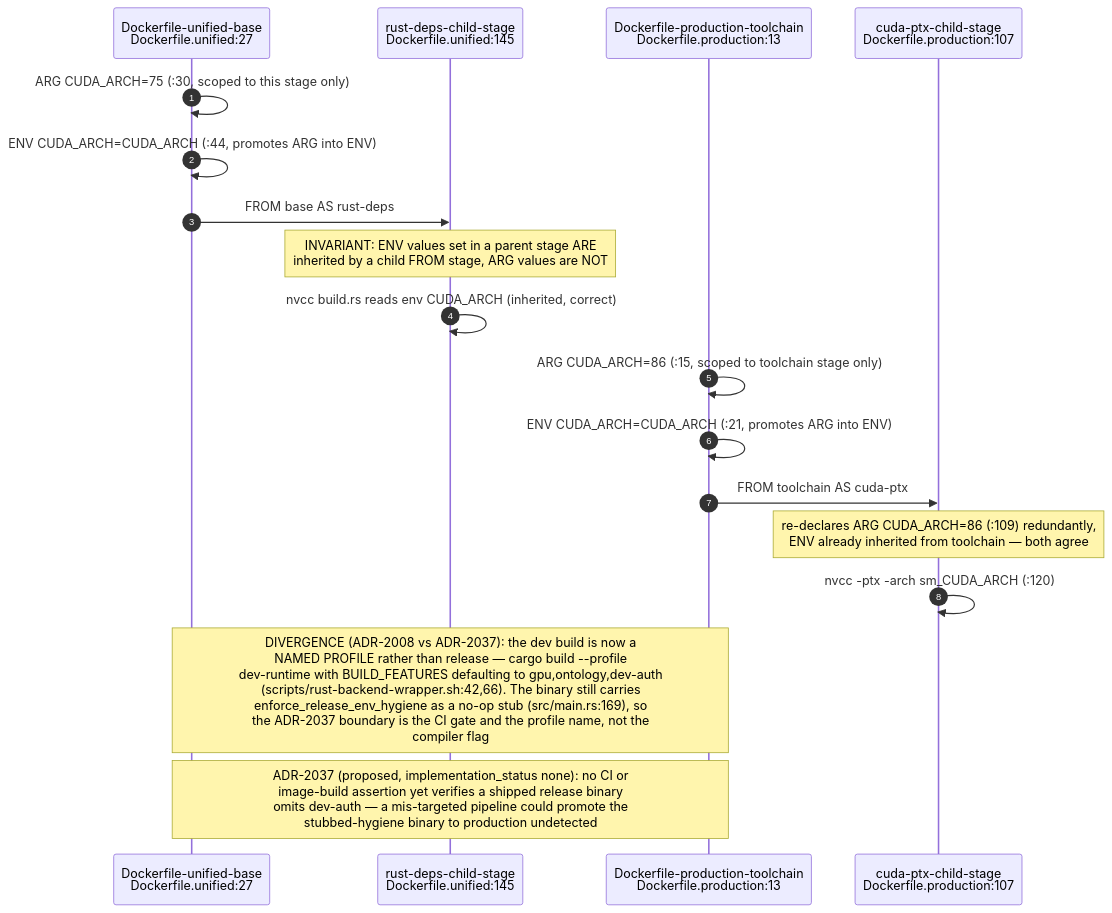
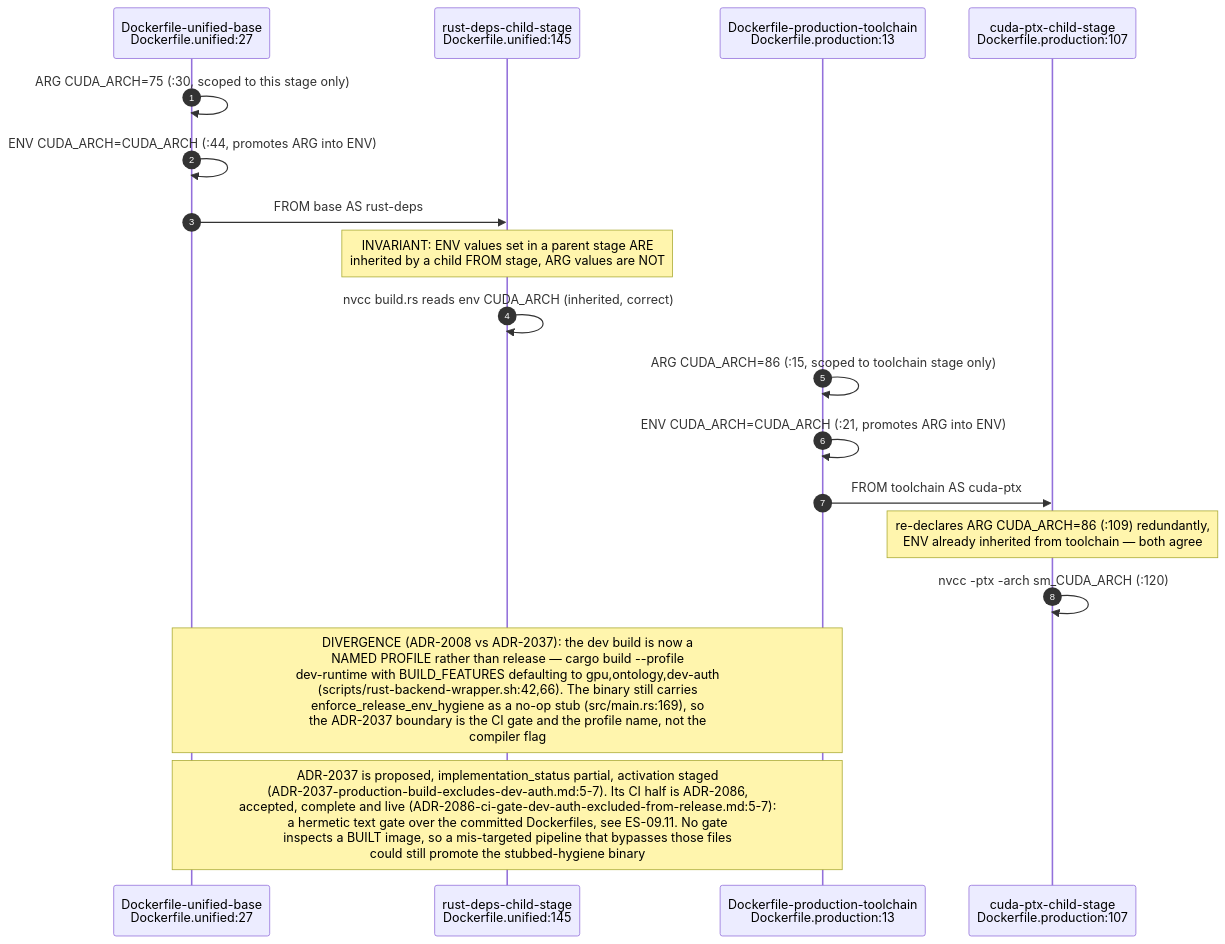
One commit to DreamLab-AI/VisionFlow changed the fifth of 24 diagrams in docs/diagrams/estate/09-build-deploy-and-ci-estate.md. Above: the diagram before and after it, drawn with Mermaid. The commit also changed other lines of this file and 91 other files, not shown here.

````diff
--- a/docs/diagrams/estate/09-build-deploy-and-ci-estate.md
+++ b/docs/diagrams/estate/09-build-deploy-and-ci-estate.md
@@ -209,23 +214,23 @@
 ```mermaid
 sequenceDiagram
     autonumber
     participant U as Dockerfile-unified-base<br/>Dockerfile.unified:27
     participant C1 as rust-deps-child-stage<br/>Dockerfile.unified:145
     participant P as Dockerfile-production-toolchain<br/>Dockerfile.production:13
     participant C2 as cuda-ptx-child-stage<br/>Dockerfile.production:107
 
     U->>U: ARG CUDA_ARCH=75 (:30, scoped to this stage only)
     U->>U: ENV CUDA_ARCH=CUDA_ARCH (:44, promotes ARG into ENV)
     U->>C1: FROM base AS rust-deps
     Note over C1: INVARIANT: ENV values set in a parent stage ARE<br/>inherited by a child FROM stage, ARG values are NOT
     C1->>C1: nvcc build.rs reads env CUDA_ARCH (inherited, correct)
 
     P->>P: ARG CUDA_ARCH=86 (:15, scoped to toolchain stage only)
     P->>P: ENV CUDA_ARCH=CUDA_ARCH (:21, promotes ARG into ENV)
     P->>C2: FROM toolchain AS cuda-ptx
     Note over C2: re-declares ARG CUDA_ARCH=86 (:109) redundantly,<br/>ENV already inherited from toolchain — both agree
     C2->>C2: nvcc -ptx -arch sm_CUDA_ARCH (:120)
 
     Note over U,P: DIVERGENCE (ADR-2008 vs ADR-2037): the dev build is now a<br/>NAMED PROFILE rather than release — cargo build --profile<br/>dev-runtime with BUILD_FEATURES defaulting to gpu,ontology,dev-auth<br/>(scripts/rust-backend-wrapper.sh:42,66). The binary still carries<br/>enforce_release_env_hygiene as a no-op stub (src/main.rs:169), so<br/>the ADR-2037 boundary is the CI gate and the profile name, not the<br/>compiler flag
-    Note over U,P: ADR-2037 (proposed, implementation_status none): no CI or<br/>image-build assertion yet verifies a shipped release binary<br/>omits dev-auth — a mis-targeted pipeline could promote the<br/>stubbed-hygiene binary to production undetected
+    Note over U,P: ADR-2037 is proposed, implementation_status partial, activation staged<br/>(ADR-2037-production-build-excludes-dev-auth.md:5-7). Its CI half is ADR-2086,<br/>accepted, complete and live (ADR-2086-ci-gate-dev-auth-excluded-from-release.md:5-7):<br/>a hermetic text gate over the committed Dockerfiles, see ES-09.11. No gate<br/>inspects a BUILT image, so a mis-targeted pipeline that bypasses those files<br/>could still promote the stubbed-hygiene binary
 ```
````
